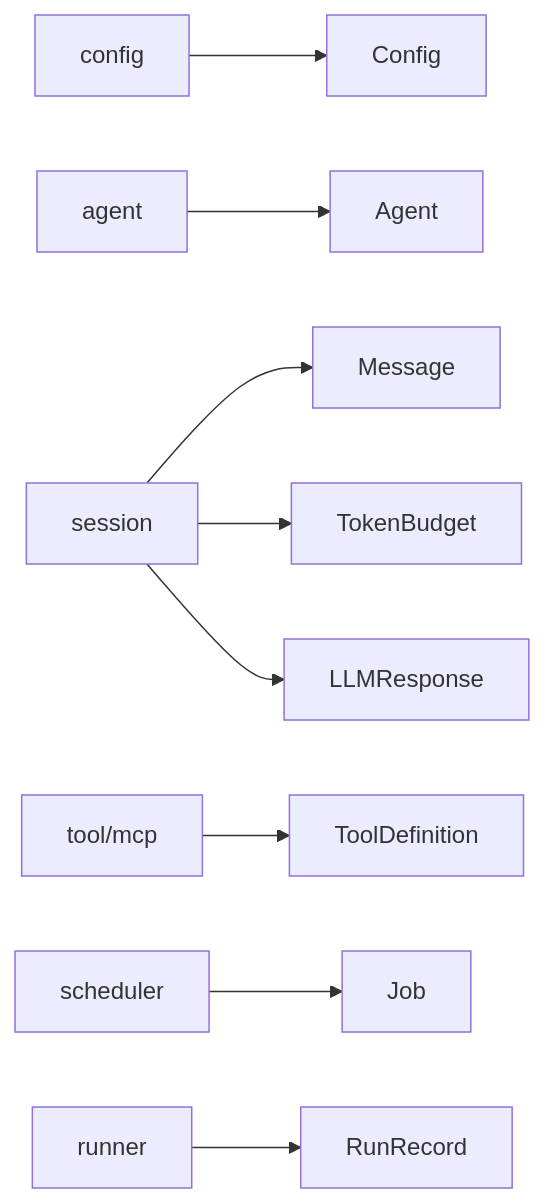
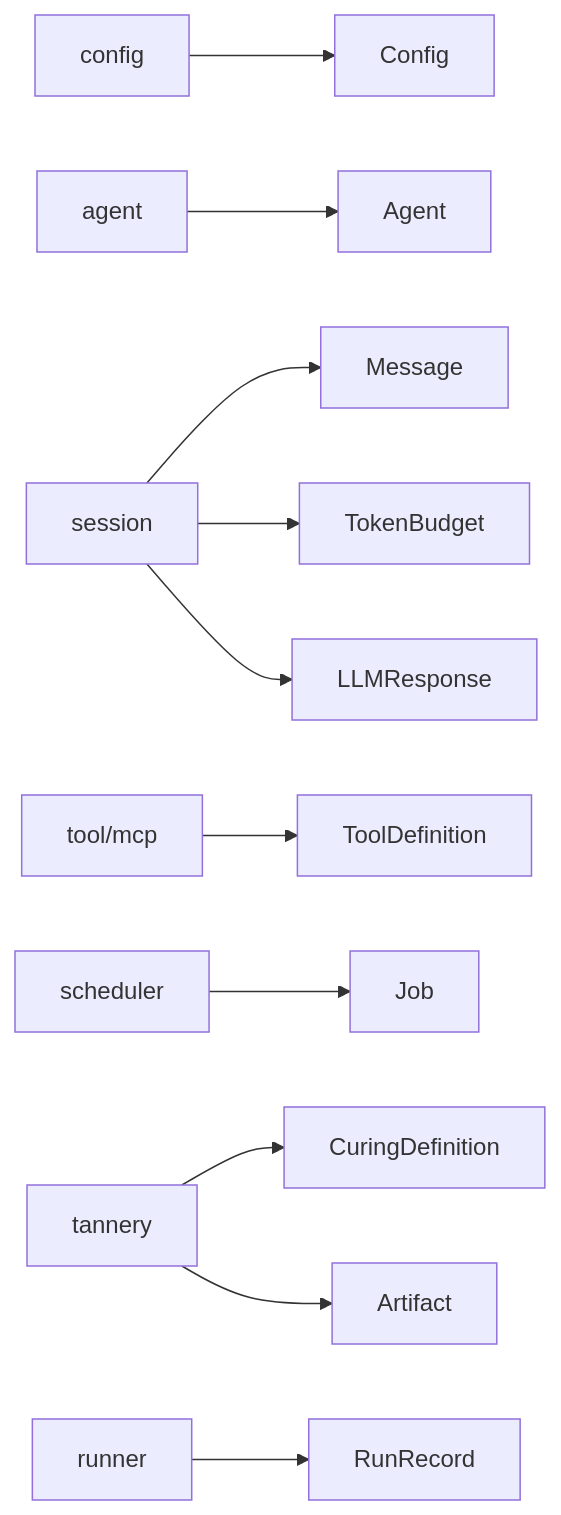
The diagram in docs/modules/model.md (TGPSKI/leather), drawn with Mermaid before and after one commit. The commit also changed other lines of this file and 37 other files, not shown here.

````diff
--- a/docs/modules/model.md
+++ b/docs/modules/model.md
@@ -92,11 +105,13 @@
 ```mermaid
 flowchart LR
     CFG[config] --> Config
     AG[agent] --> Agent
     SES[session] --> Message
     SES --> TokenBudget
     SES --> LLMResponse
     TOOL[tool/mcp] --> ToolDefinition
     SCH[scheduler] --> Job
+    TAN[tannery] --> CuringDefinition
+    TAN --> Artifact
     RUN[runner] --> RunRecord
 ```
````
